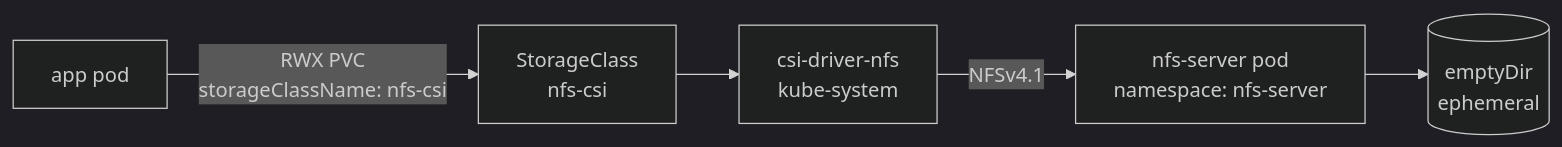
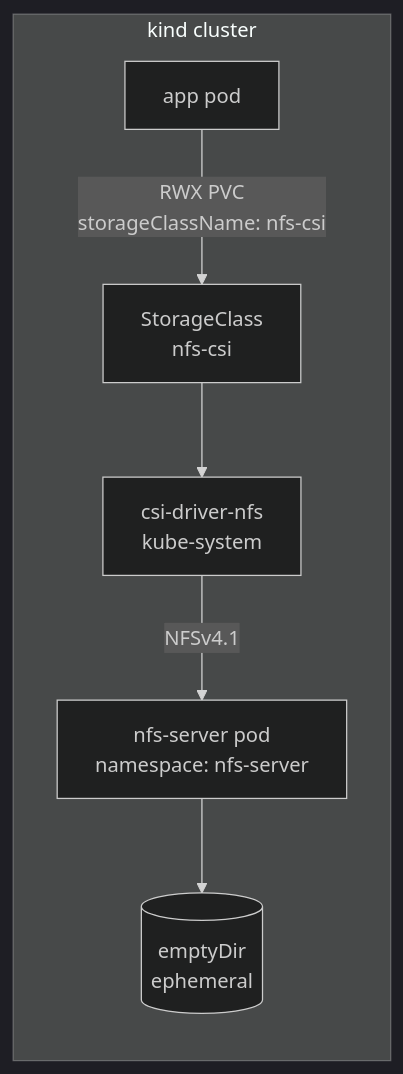
The second of 4 diagrams in README.md (AndriyKalashnykov/kind-cluster), drawn with Mermaid (dark theme) before and after one commit. The commit also changed other lines of this file, not shown here.

First line of the commit message:
docs: clarify NFS Option 2 host-vs-cluster boundary

````diff
--- a/README.md
+++ b/README.md
@@ -132,7 +132,9 @@
 ```mermaid
 flowchart LR
-    A[app pod] -->|RWX PVC<br/>storageClassName: nfs-csi| SC[StorageClass<br/>nfs-csi]
-    SC --> CSI[csi-driver-nfs<br/>kube-system]
-    CSI -->|NFSv4.1| NS[nfs-server pod<br/>namespace: nfs-server]
-    NS --> ED[(emptyDir<br/>ephemeral)]
+    subgraph cluster[kind cluster]
+        A[app pod] -->|RWX PVC<br/>storageClassName: nfs-csi| SC[StorageClass<br/>nfs-csi]
+        SC --> CSI[csi-driver-nfs<br/>kube-system]
+        CSI -->|NFSv4.1| NS[nfs-server pod<br/>namespace: nfs-server]
+        NS --> ED[(emptyDir<br/>ephemeral)]
+    end
 ```
````
